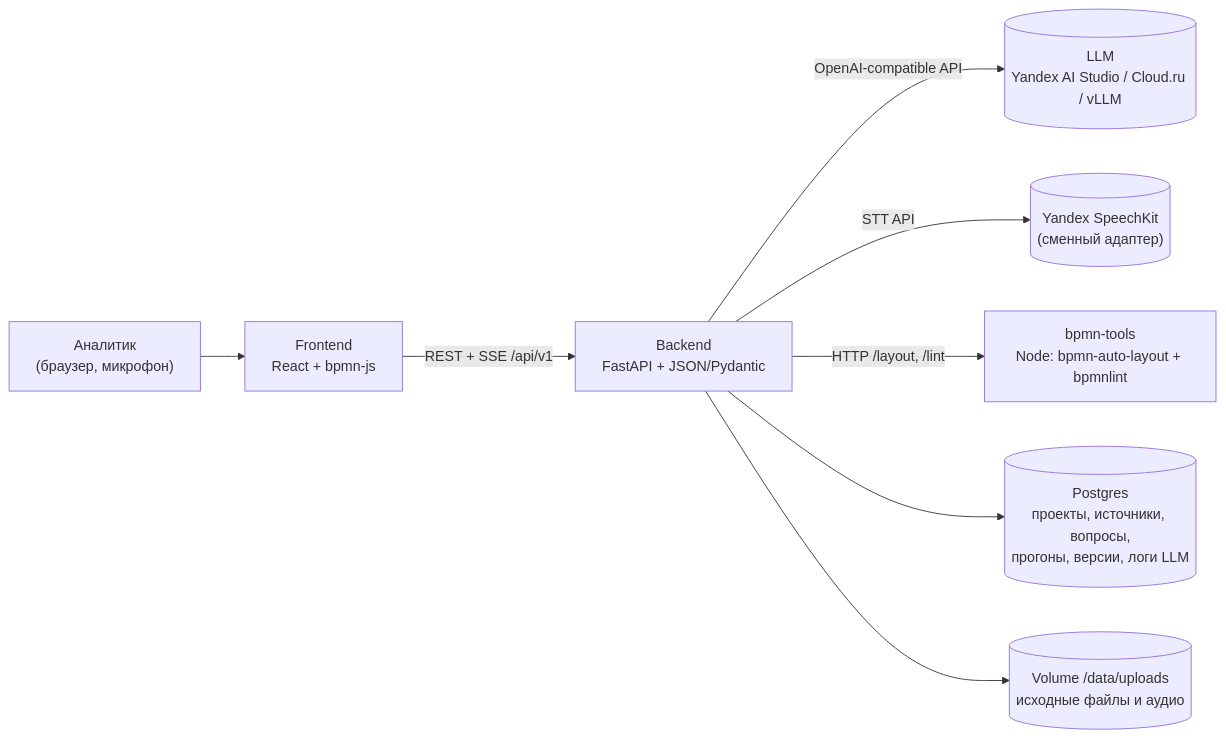
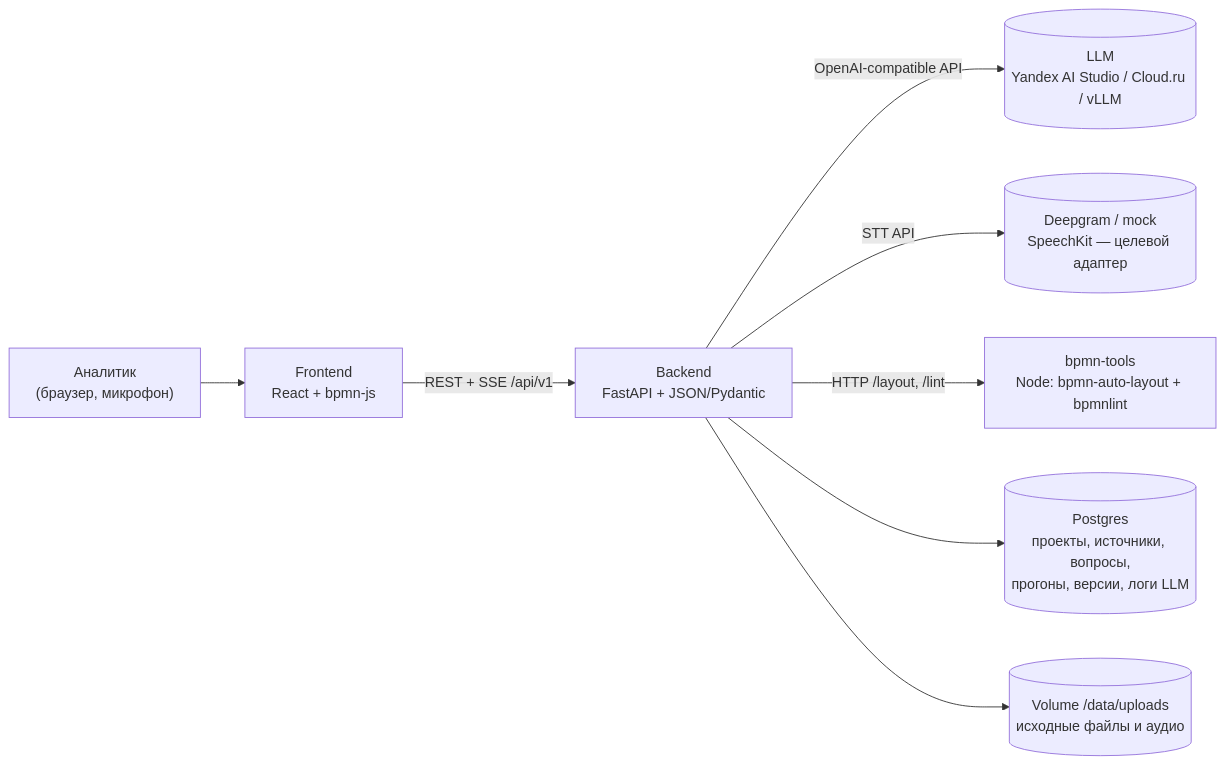
One commit to MattoYuzuru/BPMN.Space changed the third of 8 diagrams in docs/rfc/0001-architecture.md. Above: the diagram before and after it, drawn with Mermaid. The commit also changed other lines of this file and 4 other files, not shown here.

````diff
--- a/docs/rfc/0001-architecture.md
+++ b/docs/rfc/0001-architecture.md
@@ -165,10 +165,10 @@
 ```mermaid
 flowchart LR
     U["Аналитик<br/>(браузер, микрофон)"] --> FE["Frontend<br/>React + bpmn-js"]
     FE -->|"REST + SSE /api/v1"| BE["Backend<br/>FastAPI + JSON/Pydantic"]
     BE -->|"OpenAI-compatible API"| LLM[("LLM<br/>Yandex AI Studio / Cloud.ru / vLLM")]
-    BE -->|"STT API"| STT[("Yandex SpeechKit<br/>(сменный адаптер)")]
+    BE -->|"STT API"| STT[("Deepgram / mock<br/>SpeechKit — целевой адаптер")]
     BE -->|"HTTP /layout, /lint"| BT["bpmn-tools<br/>Node: bpmn-auto-layout + bpmnlint"]
     BE --> DB[("Postgres<br/>проекты, источники, вопросы,<br/>прогоны, версии, логи LLM")]
     BE --> FS[("Volume /data/uploads<br/>исходные файлы и аудио")]
 ```
````
